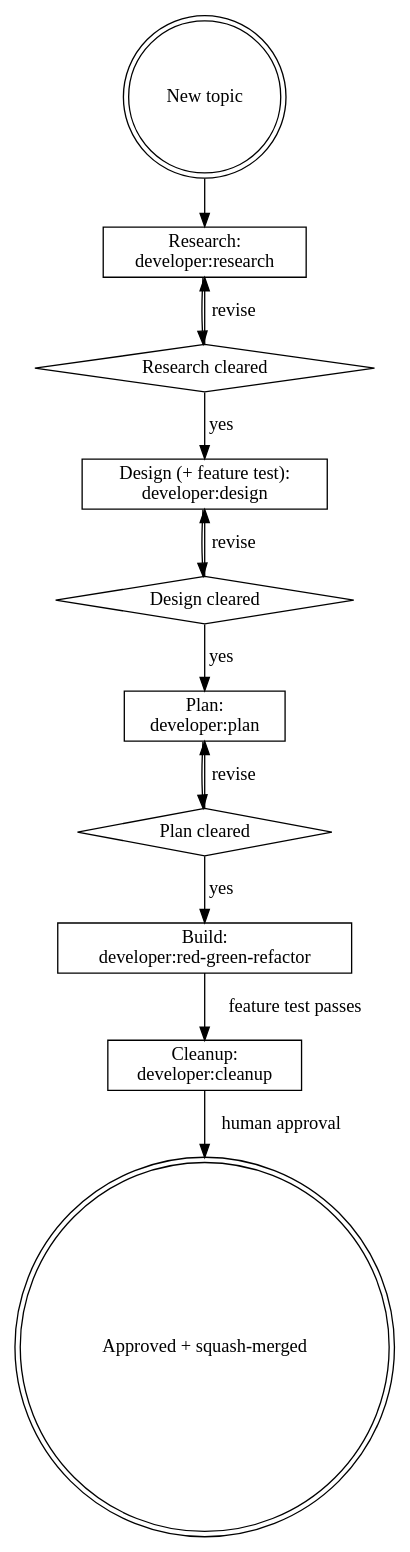
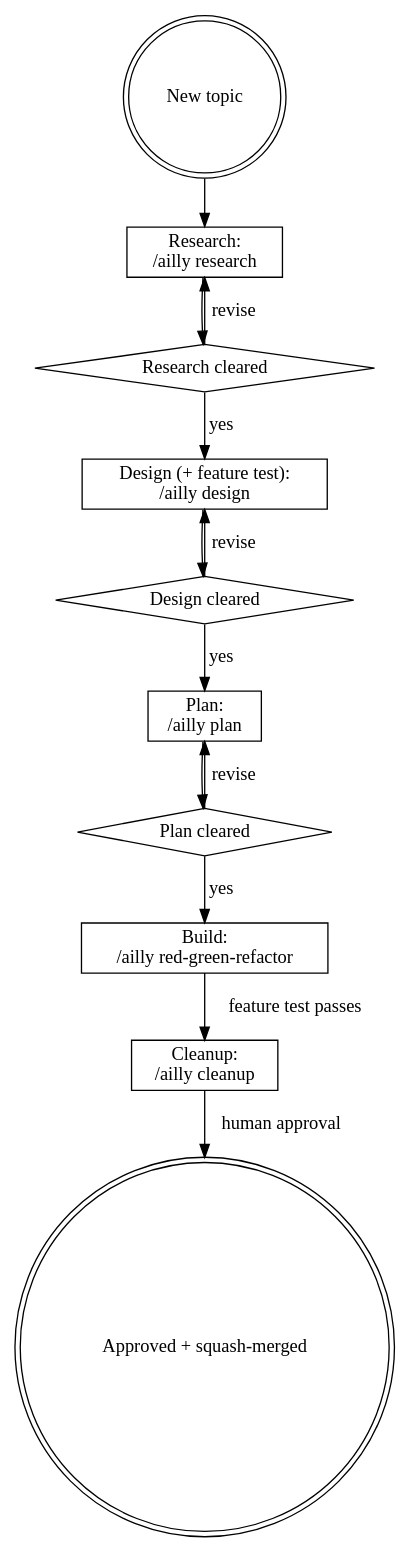
Before and after one commit to DavidSouther/domain-driven-design: the diagram in developer/skills/using-developer/SKILL.md, drawn with Graphviz. The commit also changed other lines of this file and 57 other files, not shown here.

First line of the commit message:
feat(developer,research): argument-entered phases + deferred research configuring (Feature C)

````diff
--- a/developer/skills/using-developer/SKILL.md
+++ b/developer/skills/using-developer/SKILL.md
@@ -12,27 +12,27 @@
 ```dot
 digraph phases {
     start [shape=doublecircle label="New topic"];
-    research [shape=box label="Research:\ndeveloper:research"];
+    research [shape=box label="Research:\n/ailly research"];
     rg [shape=diamond label="Research cleared"];
-    design [shape=box label="Design (+ feature test):\ndeveloper:design"];
+    design [shape=box label="Design (+ feature test):\n/ailly design"];
     dg [shape=diamond label="Design cleared"];
-    plan [shape=box label="Plan:\ndeveloper:plan"];
+    plan [shape=box label="Plan:\n/ailly plan"];
     pg [shape=diamond label="Plan cleared"];
-    build [shape=box label="Build:\ndeveloper:red-green-refactor"];
-    cleanup [shape=box label="Cleanup:\ndeveloper:cleanup"];
+    build [shape=box label="Build:\n/ailly red-green-refactor"];
+    cleanup [shape=box label="Cleanup:\n/ailly cleanup"];
     done [shape=doublecircle label="Approved + squash-merged"];
 
     start -> research;
     research -> rg;
     rg -> design [label="yes"];
     rg -> research [label="revise"];
     design -> dg;
     dg -> plan [label="yes"];
     dg -> design [label="revise"];
     plan -> pg;
     pg -> build [label="yes"];
     pg -> plan [label="revise"];
     build -> cleanup [label="feature test passes"];
     cleanup -> done [label="human approval"];
 }
 ```
````
